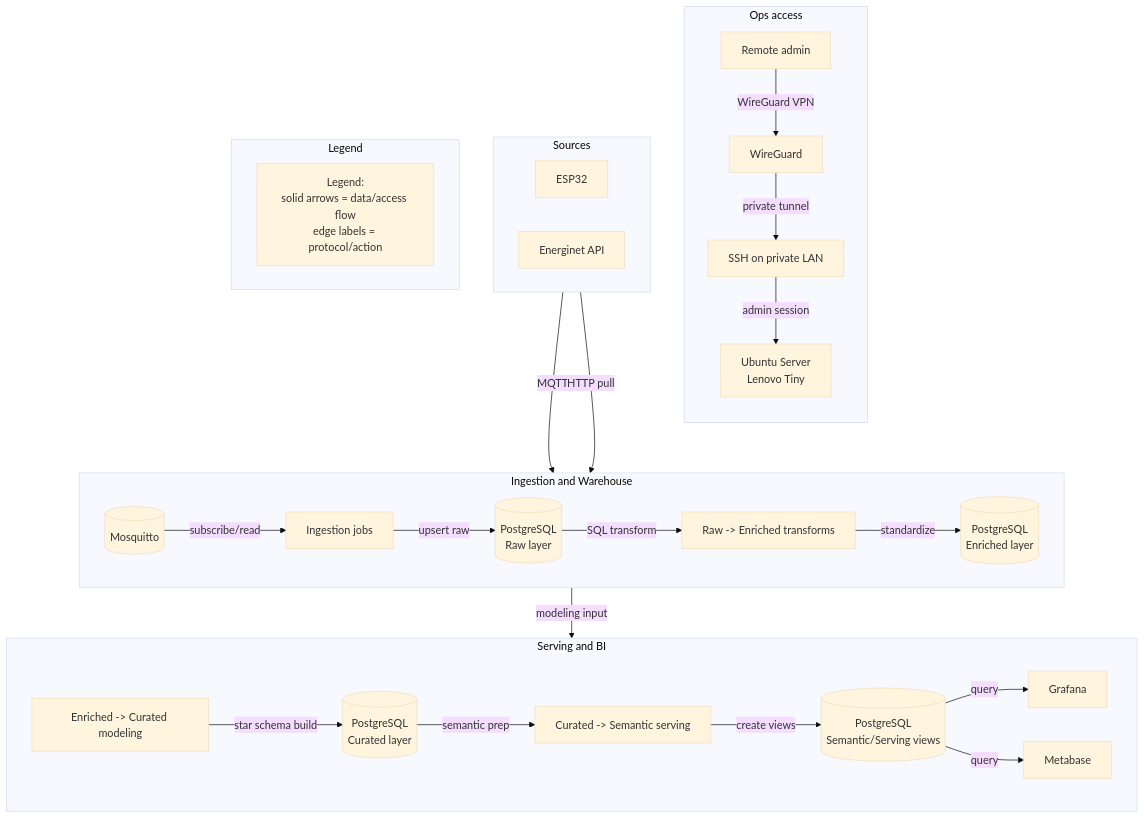
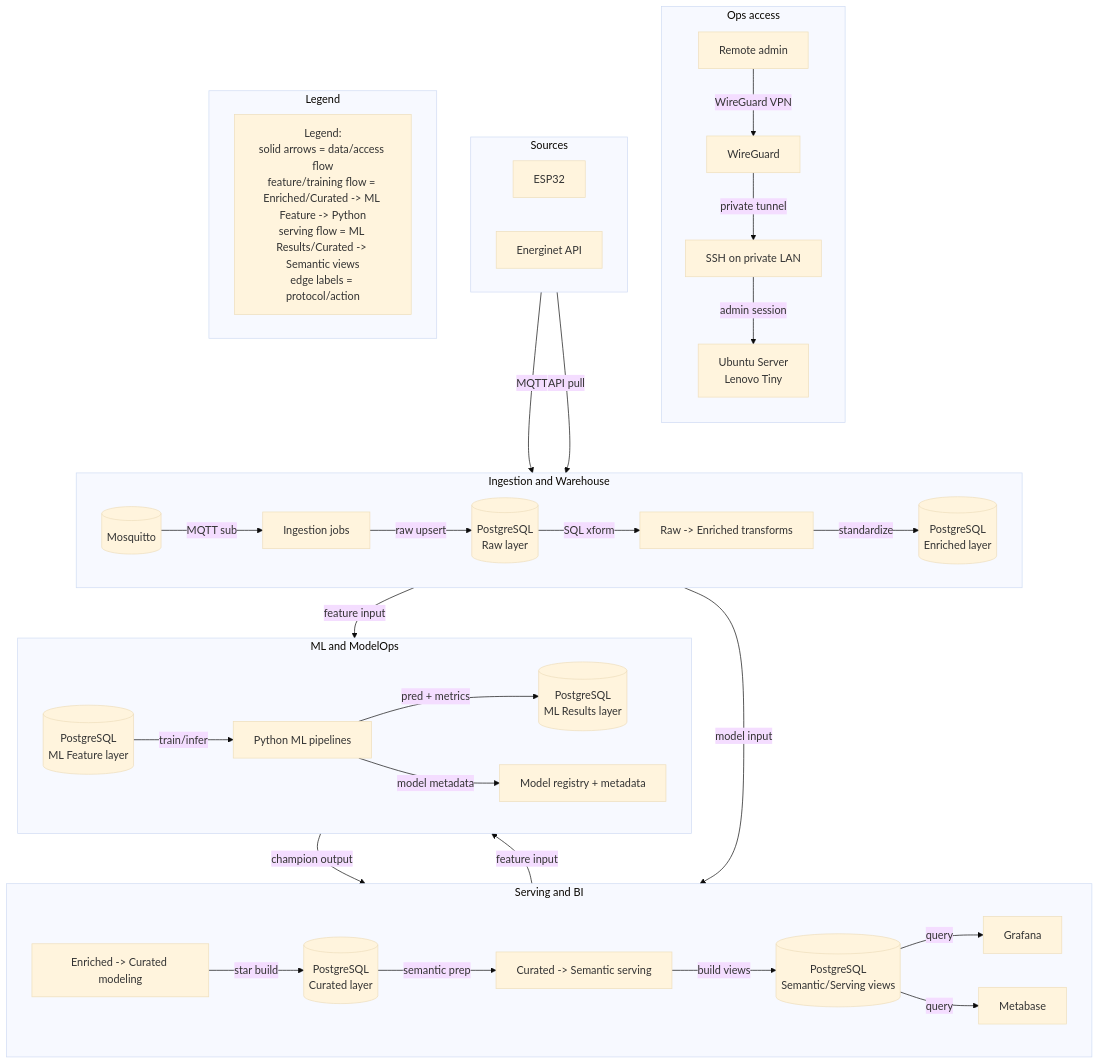
One commit to EnTekLasse/commons-anchor changed the first of 3 diagrams in README.md. Above: the diagram before and after it, drawn with Mermaid (base theme). The commit also changed other lines of this file and 25 other files, not shown here.

````diff
--- a/README.md
+++ b/README.md
@@ -82,58 +122,72 @@
 ```mermaid
 %% AUTO-GENERATED FROM docs/architecture/diagram-model.json
 flowchart TB
   subgraph Ops access
     direction TB
     U["Remote admin"]
     WG["WireGuard"]
     SSH["SSH on private LAN"]
     H["Ubuntu Server<br/>Lenovo Tiny"]
   end
 
   subgraph Sources
     direction LR
     E["ESP32"]
     A["Energinet API"]
   end
 
   subgraph Ingestion and Warehouse
     direction LR
     M[("Mosquitto")]
     I["Ingestion jobs"]
     B[("PostgreSQL<br/>Raw layer")]
     TR["Raw -> Enriched transforms"]
     S[("PostgreSQL<br/>Enriched layer")]
   end
 
   subgraph Serving and BI
     direction LR
     TC["Enriched -> Curated modeling"]
     G1[("PostgreSQL<br/>Curated layer")]
     TS["Curated -> Semantic serving"]
     SV[("PostgreSQL<br/>Semantic/Serving views")]
     G["Grafana"]
     MB["Metabase"]
   end
 
+  subgraph ML and ModelOps
+    direction LR
+    FM[("PostgreSQL<br/>ML Feature layer")]
+    PY["Python ML pipelines"]
+    MR[("PostgreSQL<br/>ML Results layer")]
+    MO["Model registry + metadata"]
+  end
+
   subgraph Legend
     direction LR
-    L1["Legend:<br/>solid arrows = data/access flow<br/>edge labels = protocol/action"]
+    L1["Legend:<br/>solid arrows = data/access flow<br/>feature/training flow = Enriched/Curated -> ML Feature -> Python<br/>serving flow = ML Results/Curated -> Semantic views<br/>edge labels = protocol/action"]
   end
 
 
   E -->|MQTT| M
-  A -->|HTTP pull| I
-  M -->|subscribe/read| I
-  I -->|upsert raw| B
-  B -->|SQL transform| TR
+  A -->|API pull| I
+  M -->|MQTT sub| I
+  I -->|raw upsert| B
+  B -->|SQL xform| TR
   TR -->|standardize| S
-  S -->|modeling input| TC
-  TC -->|star schema build| G1
+  S -->|model input| TC
+  TC -->|star build| G1
+  S -->|feature input| FM
+  G1 -->|feature input| FM
+  FM -->|train/infer| PY
+  PY -->|pred + metrics| MR
+  PY -->|model metadata| MO
+  MR -->|champion output| SV
   G1 -->|semantic prep| TS
-  TS -->|create views| SV
+  TS -->|build views| SV
   SV -->|query| G
   SV -->|query| MB
   U -->|WireGuard VPN| WG
   WG -->|private tunnel| SSH
   SSH -->|admin session| H
 ```
````
